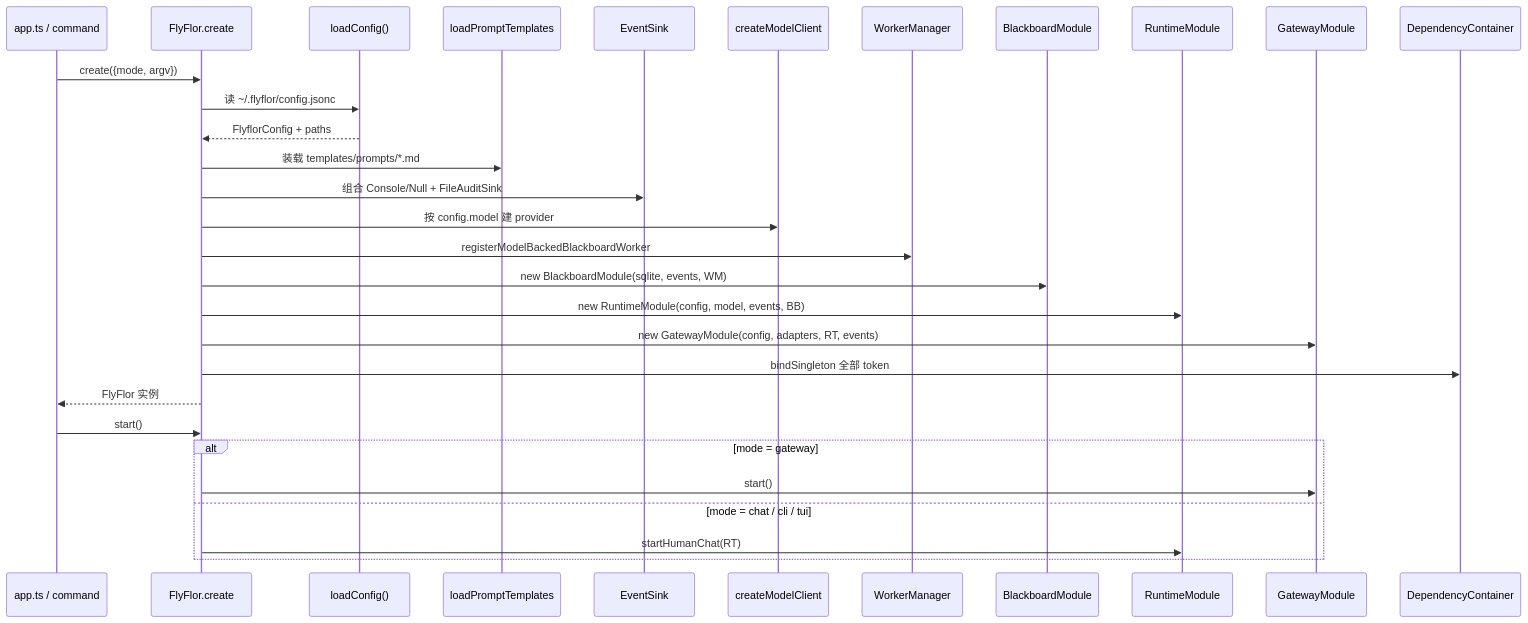
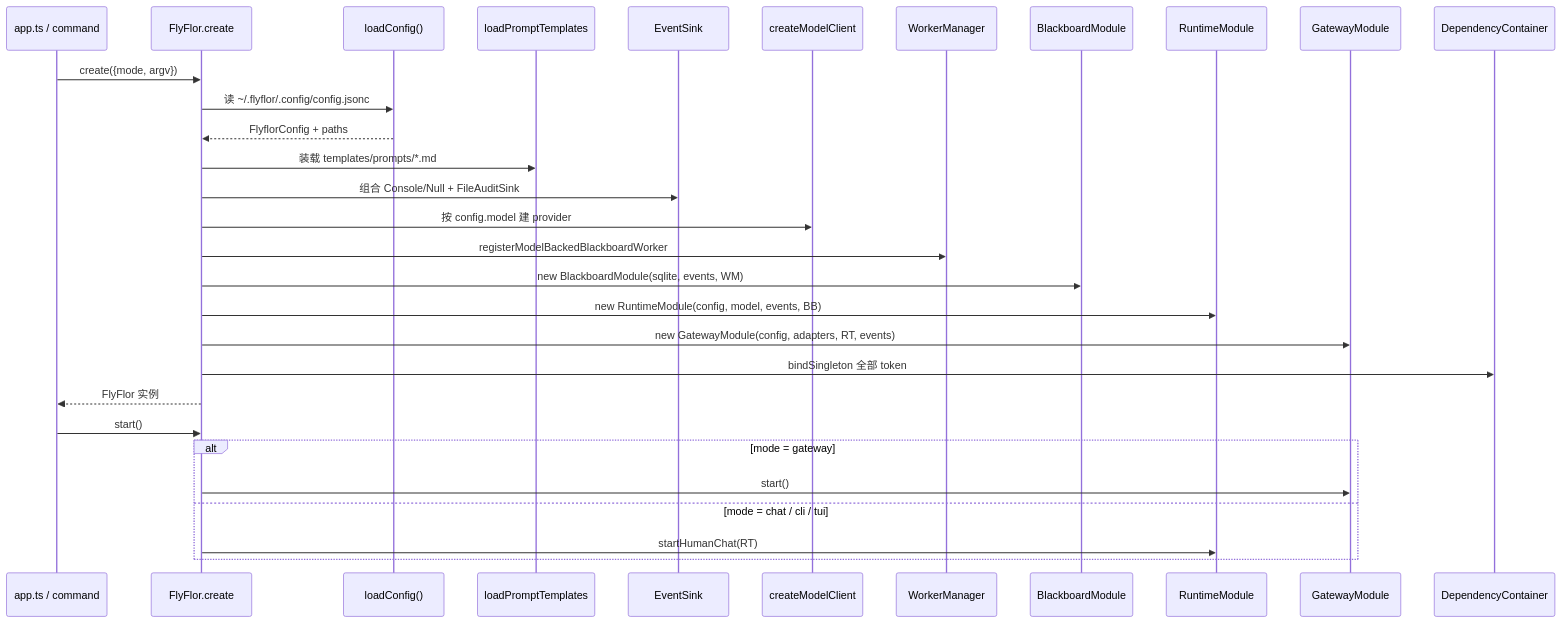
Before and after one commit to flyflor/flyflor: the second of 3 diagrams in docs/architecture.md, drawn with Mermaid. The commit also changed other lines of this file and 54 other files, not shown here.

````diff
--- a/docs/architecture.md
+++ b/docs/architecture.md
@@ -73,33 +73,33 @@
 ```mermaid
 sequenceDiagram
     participant CLI as app.ts / command
     participant Flyflor as FlyFlor.create
     participant Config as loadConfig()
     participant Tpl as loadPromptTemplates
     participant Sink as EventSink
     participant LLM as createModelClient
     participant WM as WorkerManager
     participant BB as BlackboardModule
     participant RT as RuntimeModule
     participant GW as GatewayModule
     participant DC as DependencyContainer
 
     CLI->>Flyflor: create({mode, argv})
-    Flyflor->>Config: 读 ~/.flyflor/config.jsonc
+    Flyflor->>Config: 读 ~/.flyflor/.config/config.jsonc
     Config-->>Flyflor: FlyflorConfig + paths
     Flyflor->>Tpl: 装载 templates/prompts/*.md
     Flyflor->>Sink: 组合 Console/Null + FileAuditSink
     Flyflor->>LLM: 按 config.model 建 provider
     Flyflor->>WM: registerModelBackedBlackboardWorker
     Flyflor->>BB: new BlackboardModule(sqlite, events, WM)
     Flyflor->>RT: new RuntimeModule(config, model, events, BB)
     Flyflor->>GW: new GatewayModule(config, adapters, RT, events)
     Flyflor->>DC: bindSingleton 全部 token
     Flyflor-->>CLI: FlyFlor 实例
     CLI->>Flyflor: start()
     alt mode = gateway
         Flyflor->>GW: start()
     else mode = chat / cli / tui
         Flyflor->>RT: startHumanChat(RT)
     end
 ```
````
